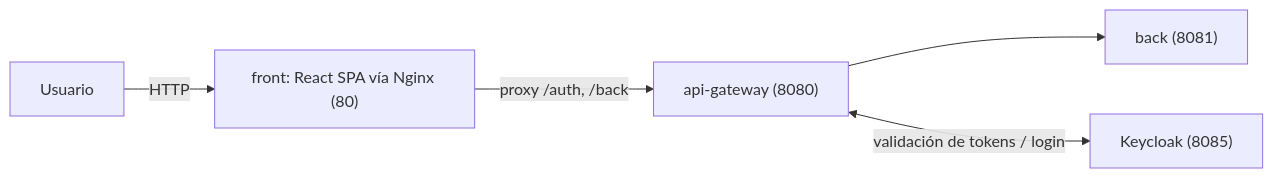
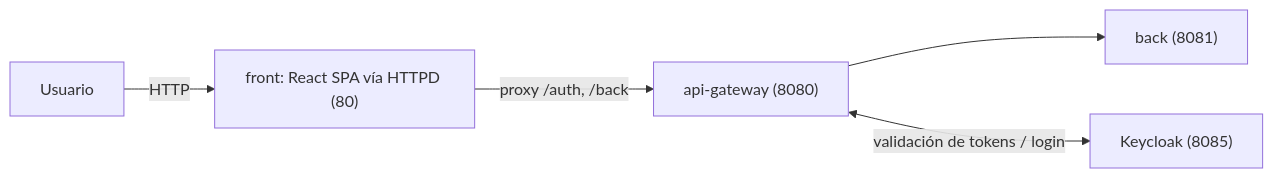
Before and after one commit to oparias-debug/migration: the diagram in README.md, drawn with Mermaid. The commit also changed other lines of this file and 283 other files, not shown here.

````diff
--- a/README.md
+++ b/README.md
@@ -36,7 +36,7 @@
 ```mermaid
 flowchart LR
-    Usuario -->|HTTP| Front["front: React SPA vía Nginx (80)"]
+    Usuario -->|HTTP| Front["front: React SPA vía HTTPD (80)"]
     Front -->|proxy /auth, /back| Gateway["api-gateway (8080)"]
     Gateway --> Back["back (8081)"]
     Gateway <-->|validación de tokens / login| Keycloak["Keycloak (8085)"]
 ```
````
